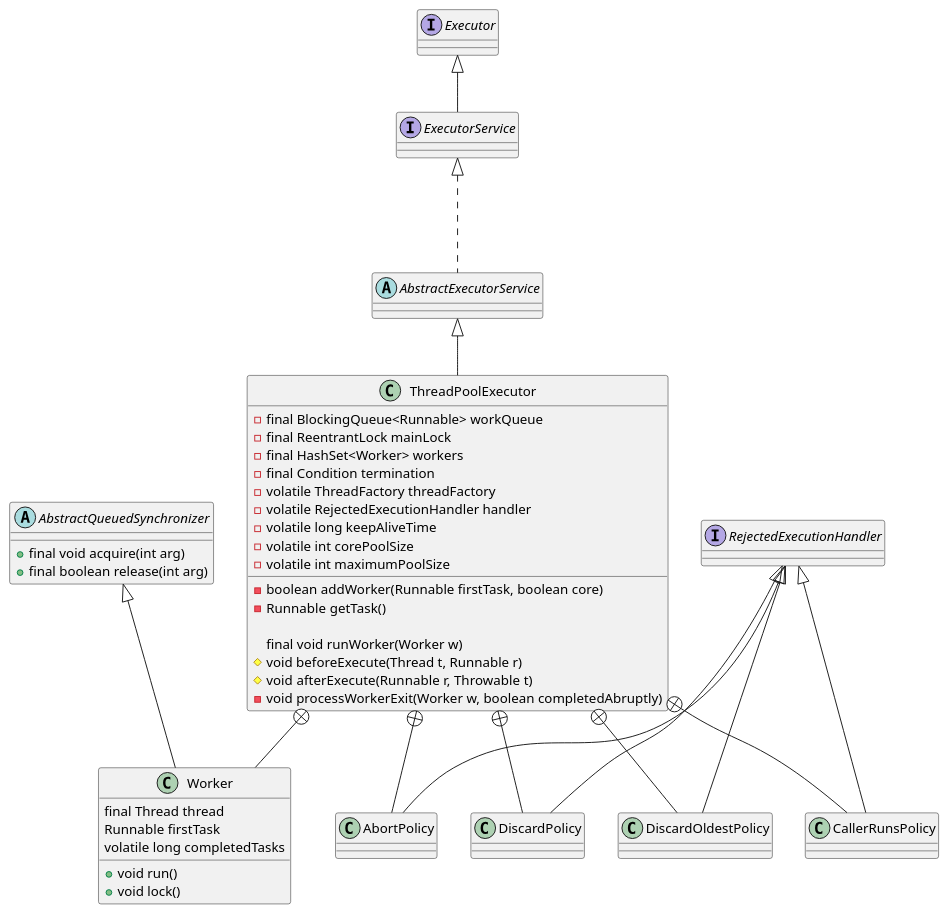
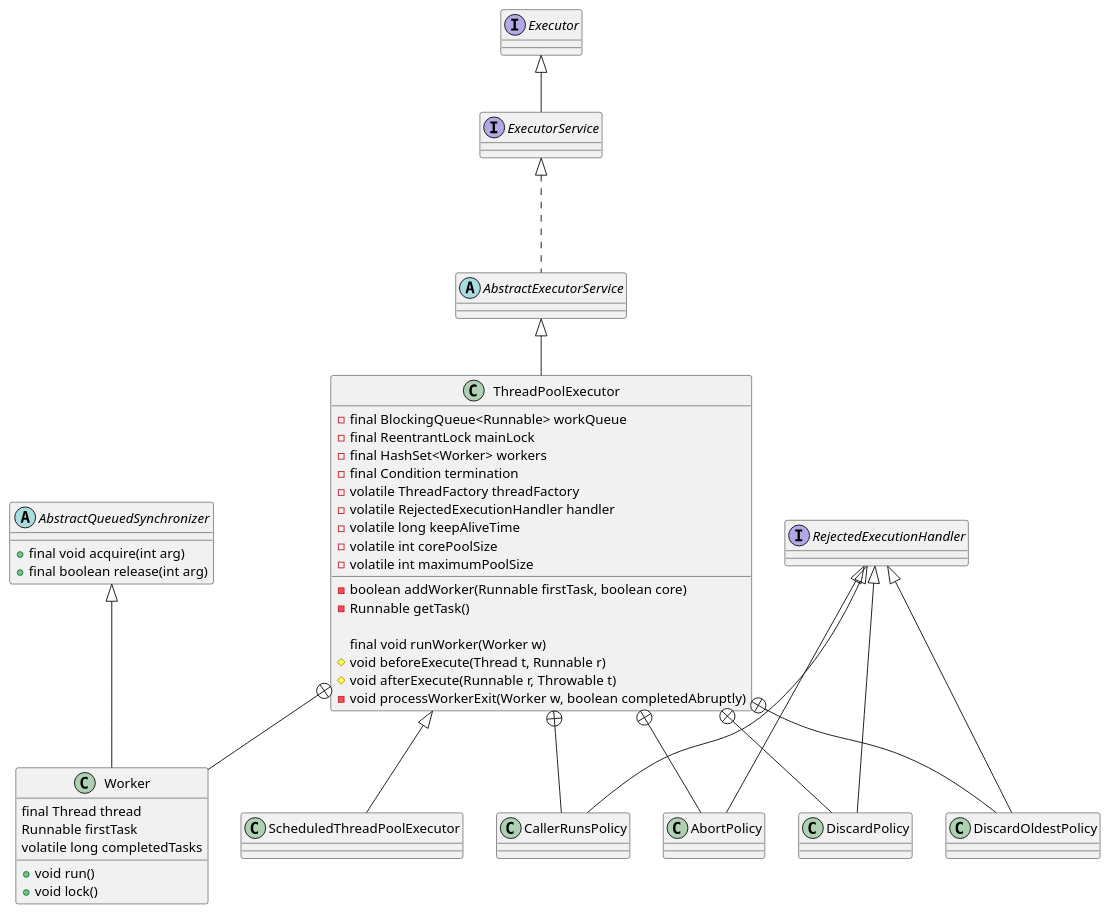
One commit to onlyonion/development changed the first of 3 diagrams in 10-java/src/java/concurrent/ThreadPoolExecutor.md. Above: the diagram before and after it, drawn with PlantUML. The commit also changed other lines of this file and 75 other files, not shown here.

````diff
--- a/10-java/src/java/concurrent/ThreadPoolExecutor.md
+++ b/10-java/src/java/concurrent/ThreadPoolExecutor.md
@@ -14,64 +19,68 @@
 ```plantuml
 @startuml
 
 '''''''''''''''''''' Executor ''''''''''''''''''''
 interface Executor
 interface ExecutorService
 Executor <|-- ExecutorService
 abstract class AbstractExecutorService {
 }
 ExecutorService <|-.- AbstractExecutorService
 
 '''''''''''''''''''' ThreadPoolExecutor ''''''''''''''''''''
 class ThreadPoolExecutor {
     - final BlockingQueue<Runnable> workQueue
     - final ReentrantLock mainLock
     - final HashSet<Worker> workers
     - final Condition termination
     - volatile ThreadFactory threadFactory
     - volatile RejectedExecutionHandler handler
     - volatile long keepAliveTime
     - volatile int corePoolSize
     - volatile int maximumPoolSize
     
     - boolean addWorker(Runnable firstTask, boolean core)
     - Runnable getTask()
     
     final void runWorker(Worker w)
     # void beforeExecute(Thread t, Runnable r)
     # void afterExecute(Runnable r, Throwable t)
     - void processWorkerExit(Worker w, boolean completedAbruptly)
 }
 AbstractExecutorService <|-- ThreadPoolExecutor
 
 '''''''''''''''''''' Worker ''''''''''''''''''''
 abstract class AbstractQueuedSynchronizer {
     + final void acquire(int arg)
     + final boolean release(int arg)
 }
 class Worker {
     final Thread thread
     Runnable firstTask
     volatile long completedTasks
     + void run()
     + void lock()
 }
 
 AbstractQueuedSynchronizer <|-- Worker
 ThreadPoolExecutor +-- Worker
 
 '''''''''''''''''''' RejectedExecutionHandler ''''''''''''''''''''
 interface RejectedExecutionHandler
 
 RejectedExecutionHandler <|-- CallerRunsPolicy
 RejectedExecutionHandler <|-- AbortPolicy
 RejectedExecutionHandler <|-- DiscardPolicy
 RejectedExecutionHandler <|-- DiscardOldestPolicy
 
 ThreadPoolExecutor +-- CallerRunsPolicy
 ThreadPoolExecutor +-- AbortPolicy
 ThreadPoolExecutor +-- DiscardPolicy
 ThreadPoolExecutor +-- DiscardOldestPolicy
 
+'''''''''''''''''''' ScheduledThreadPoolExecutor ''''''''''''''''''''
+class ScheduledThreadPoolExecutor
+ThreadPoolExecutor <|-- ScheduledThreadPoolExecutor
+
 @enduml
 ```
````
